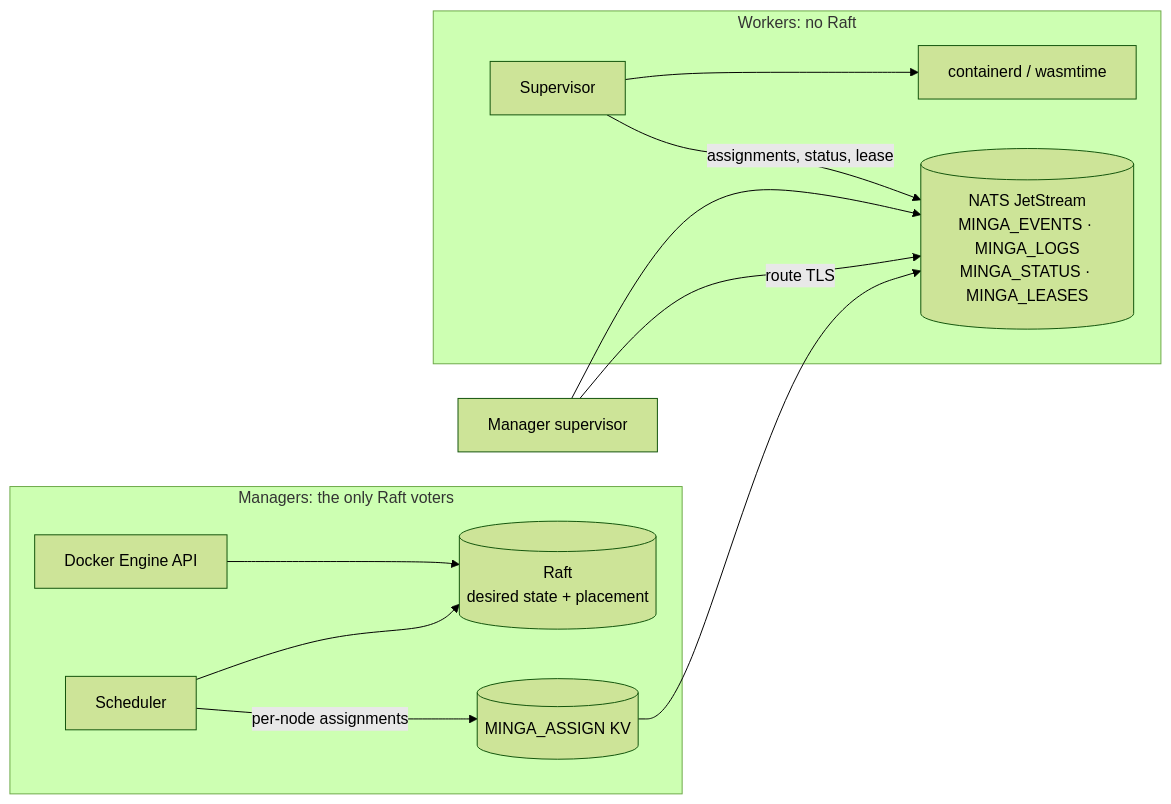
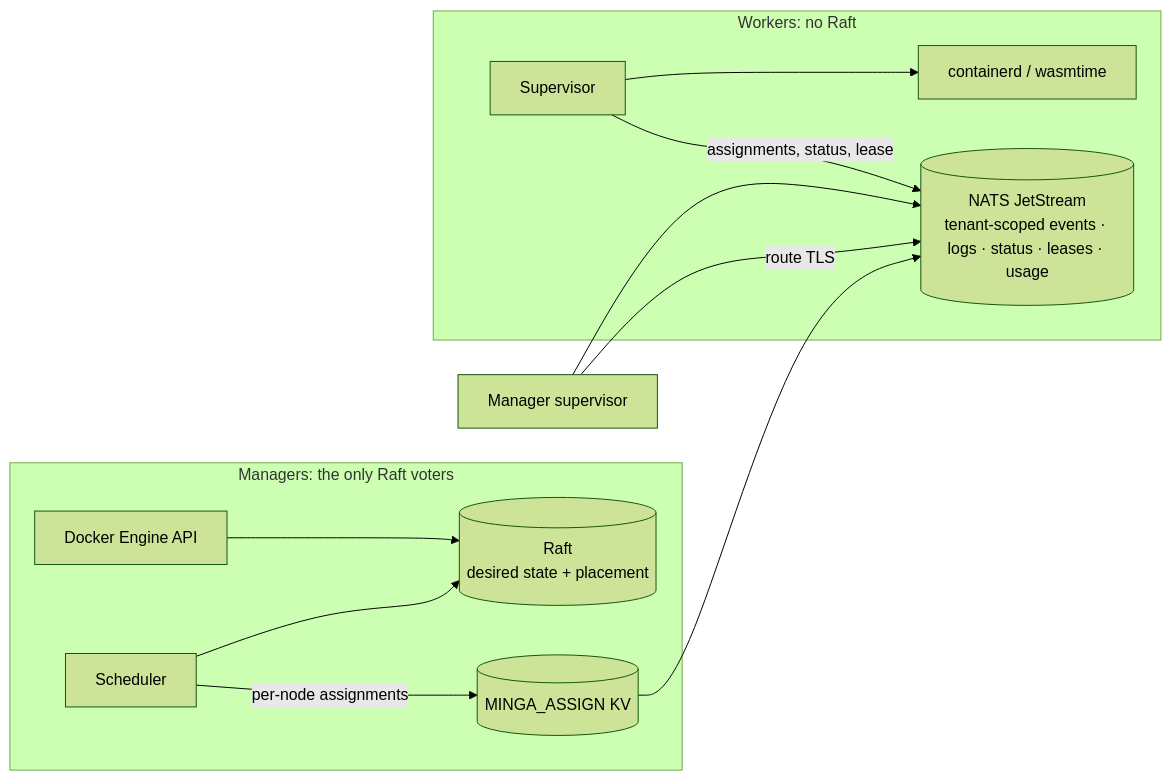
The first of 2 diagrams in docs/architecture.md (lithqube/minga), drawn with Mermaid (forest theme) before and after one commit. The commit also changed other lines of this file and 11 other files, not shown here.

````diff
--- a/docs/architecture.md
+++ b/docs/architecture.md
@@ -7,16 +7,16 @@
 ```mermaid
 flowchart LR
   subgraph managers["Managers: the only Raft voters"]
     API["Docker Engine API"] --> R[("Raft<br/>desired state + placement")]
     S["Scheduler"] --> R
     S -- per-node assignments --> A[("MINGA_ASSIGN KV")]
   end
-  J[("NATS JetStream<br/>MINGA_EVENTS · MINGA_LOGS<br/>MINGA_STATUS · MINGA_LEASES")]
+  J[("NATS JetStream<br/>tenant-scoped events · logs · status · leases · usage")]
   M["Manager supervisor"] --> J
   M -- route TLS --> J
   A --> J
   subgraph workers["Workers: no Raft"]
     W["Supervisor"] --> C["containerd / wasmtime"]
     W -- assignments, status, lease --> J
   end
 ```
````
